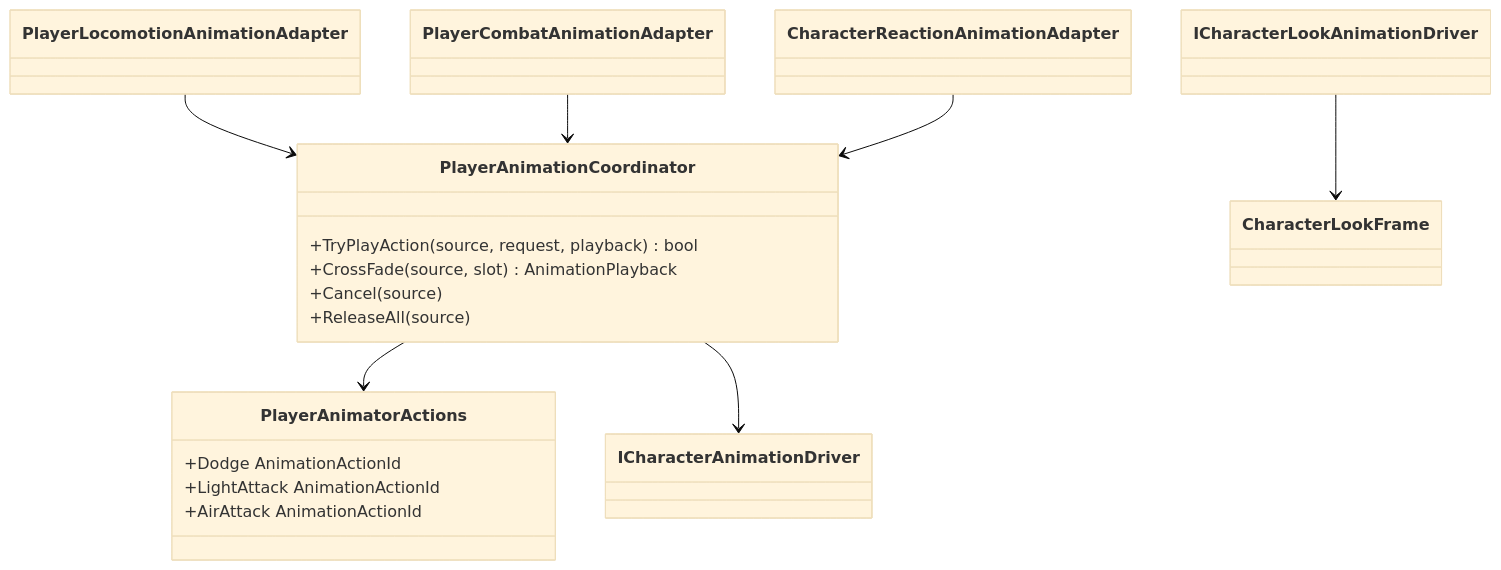
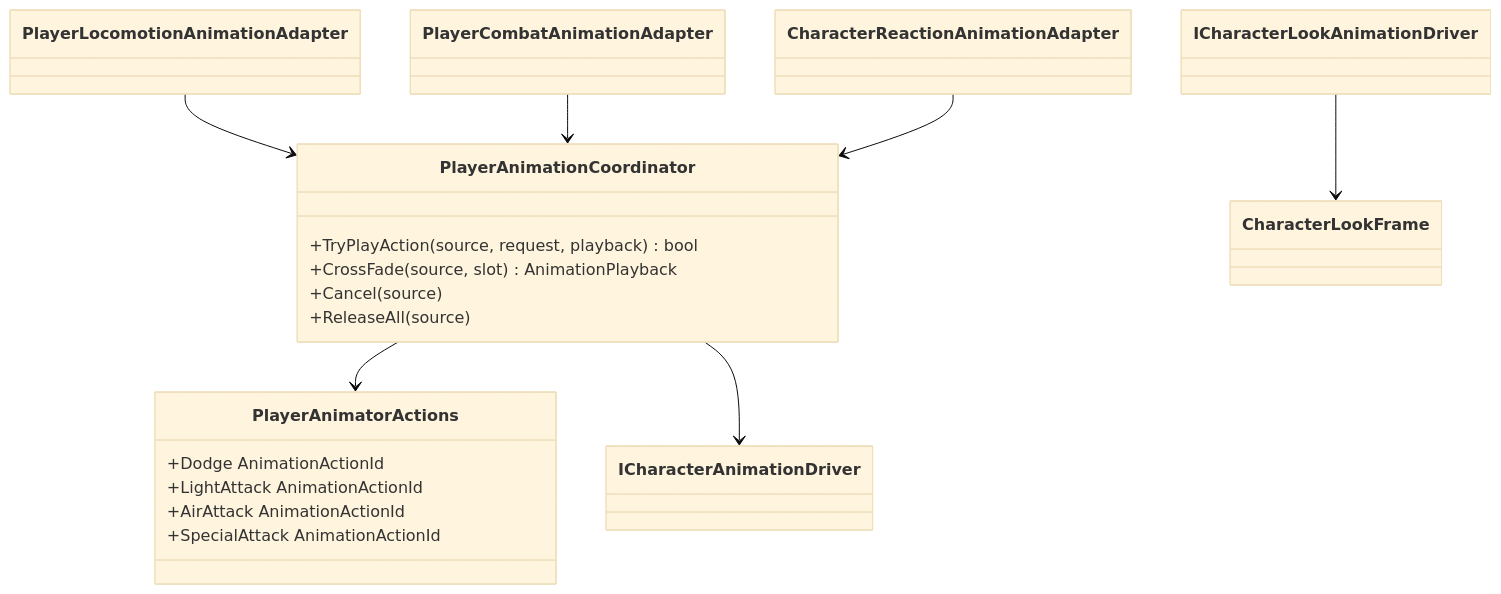
Before and after one commit to MaximFonariuc/project-s: the diagram in Assets/_App/Core/Runtime/Character/AnimationController/README.md, drawn with Mermaid (base theme). The commit also changed other lines of this file and 12 other files, not shown here.

Commit message:
feat(combat): activate grounded special action

````diff
--- a/Assets/_App/Core/Runtime/Character/AnimationController/README.md
+++ b/Assets/_App/Core/Runtime/Character/AnimationController/README.md
@@ -8,27 +8,28 @@
 ```mermaid
 classDiagram
     class PlayerAnimatorActions {
         +Dodge AnimationActionId
         +LightAttack AnimationActionId
         +AirAttack AnimationActionId
+        +SpecialAttack AnimationActionId
     }
     class PlayerAnimationCoordinator {
         +TryPlayAction(source, request, playback) bool
         +CrossFade(source, slot) AnimationPlayback
         +Cancel(source)
         +ReleaseAll(source)
     }
     class ICharacterAnimationDriver
     class ICharacterLookAnimationDriver
     class CharacterLookFrame
     class PlayerLocomotionAnimationAdapter
     class PlayerCombatAnimationAdapter
     class CharacterReactionAnimationAdapter
 
     PlayerLocomotionAnimationAdapter --> PlayerAnimationCoordinator
     PlayerCombatAnimationAdapter --> PlayerAnimationCoordinator
     CharacterReactionAnimationAdapter --> PlayerAnimationCoordinator
     PlayerAnimationCoordinator --> PlayerAnimatorActions
     PlayerAnimationCoordinator --> ICharacterAnimationDriver
     ICharacterLookAnimationDriver --> CharacterLookFrame
 ```
````
